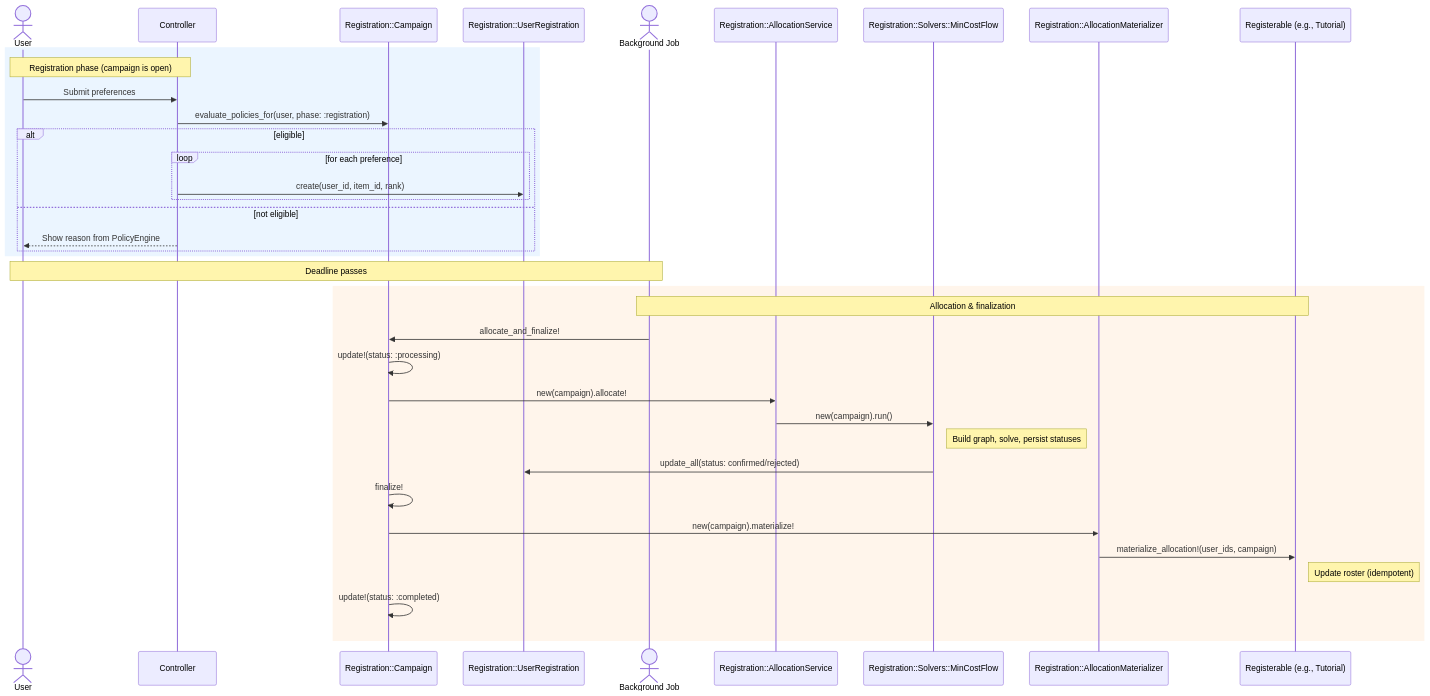
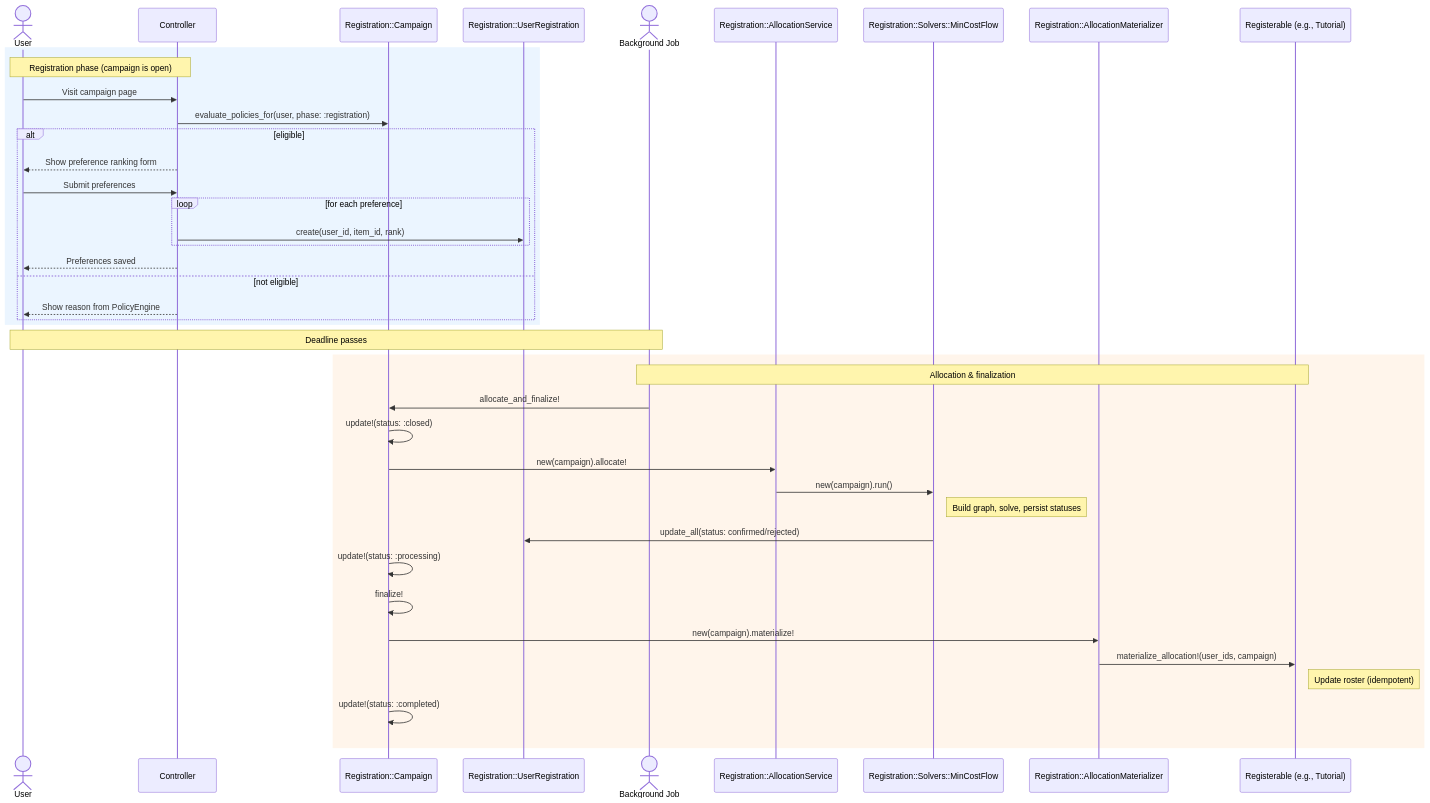
One commit to MaMpf-HD/mampf changed the fourth of 6 diagrams in architecture/src/features/02-registration.md. Above: the diagram before and after it, drawn with Mermaid. The commit also changed other lines of this file and 16 other files, not shown here.

First line of the commit message:
Architecture: Incorporate changes from registration pr (#936)

````diff
--- a/architecture/src/features/02-registration.md
+++ b/architecture/src/features/02-registration.md
@@ -1156,42 +1232,46 @@
 ```mermaid
 sequenceDiagram
     actor User
     participant Controller
     participant Campaign as Registration::Campaign
     participant UserReg as Registration::UserRegistration
     actor Job as Background Job
-  participant AllocationSvc as Registration::AllocationService
+    participant AllocationSvc as Registration::AllocationService
     participant Solver as Registration::Solvers::MinCostFlow
     participant Materializer as Registration::AllocationMaterializer
     participant RegTarget as Registerable (e.g., Tutorial)
 
     rect rgb(235, 245, 255)
     note over User,Controller: Registration phase (campaign is open)
-    User->>Controller: Submit preferences
-  Controller->>Campaign: evaluate_policies_for(user, phase: :registration)
+    User->>Controller: Visit campaign page
+    Controller->>Campaign: evaluate_policies_for(user, phase: :registration)
     alt eligible
-      loop for each preference
-        Controller->>UserReg: create(user_id, item_id, rank)
-      end
+        Controller-->>User: Show preference ranking form
+        User->>Controller: Submit preferences
+        loop for each preference
+            Controller->>UserReg: create(user_id, item_id, rank)
+        end
+        Controller-->>User: Preferences saved
     else not eligible
-      Controller-->>User: Show reason from PolicyEngine
+        Controller-->>User: Show reason from PolicyEngine
     end
     end
 
     note over User,Job: Deadline passes
 
-  rect rgb(255, 245, 235)
-  note over Job,RegTarget: Allocation & finalization
-  Job->>Campaign: allocate_and_finalize!
-    Campaign->>Campaign: update!(status: :processing)
-  Campaign->>AllocationSvc: new(campaign).allocate!
-  AllocationSvc->>Solver: new(campaign).run()
+    rect rgb(255, 245, 235)
+    note over Job,RegTarget: Allocation & finalization
+    Job->>Campaign: allocate_and_finalize!
+    Campaign->>Campaign: update!(status: :closed)
+    Campaign->>AllocationSvc: new(campaign).allocate!
+    AllocationSvc->>Solver: new(campaign).run()
     note right of Solver: Build graph, solve, persist statuses
     Solver->>UserReg: update_all(status: confirmed/rejected)
+    Campaign->>Campaign: update!(status: :processing)
     Campaign->>Campaign: finalize!
     Campaign->>Materializer: new(campaign).materialize!
     Materializer->>RegTarget: materialize_allocation!(user_ids, campaign)
     note right of RegTarget: Update roster (idempotent)
     Campaign->>Campaign: update!(status: :completed)
     end
 ```
````
